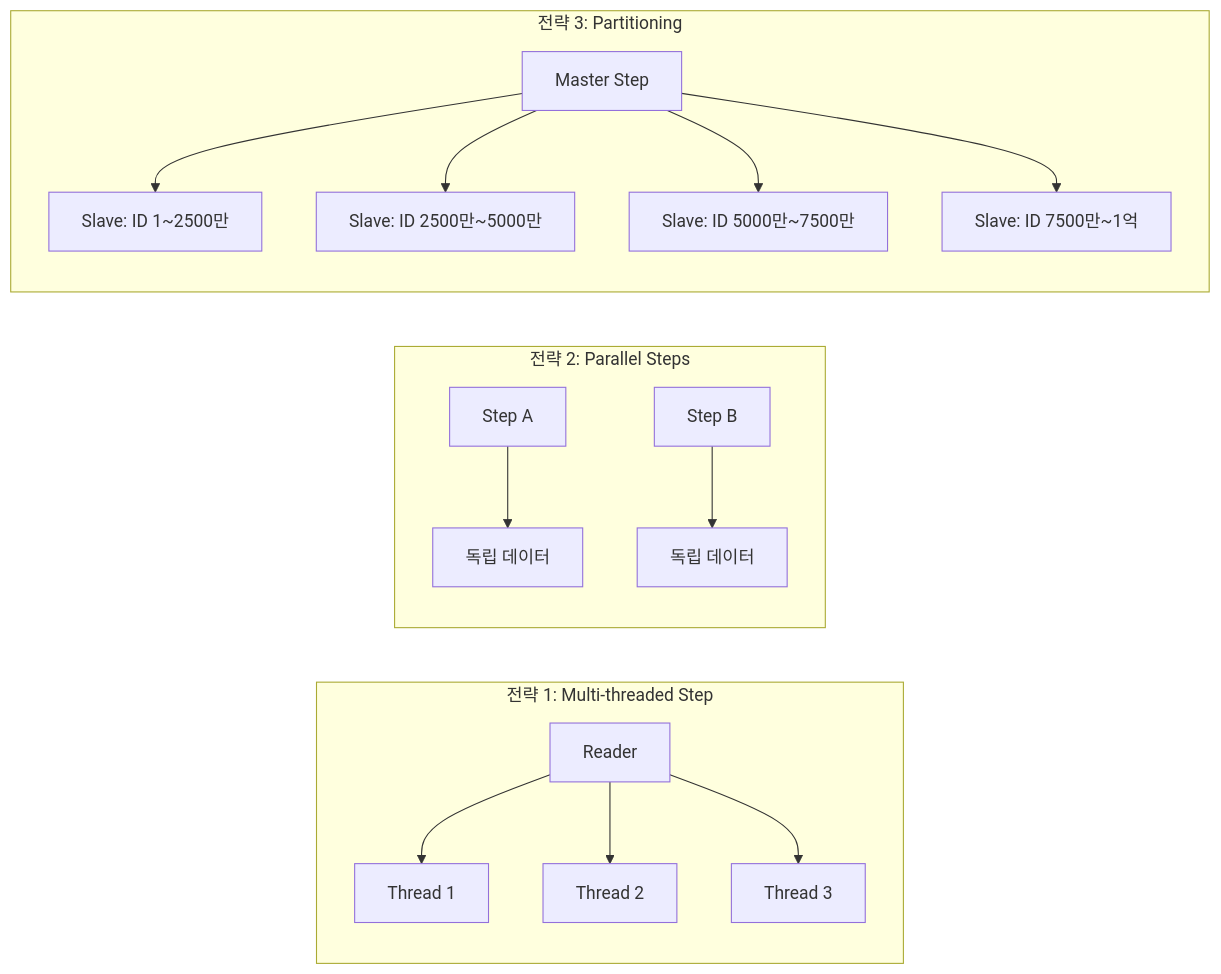
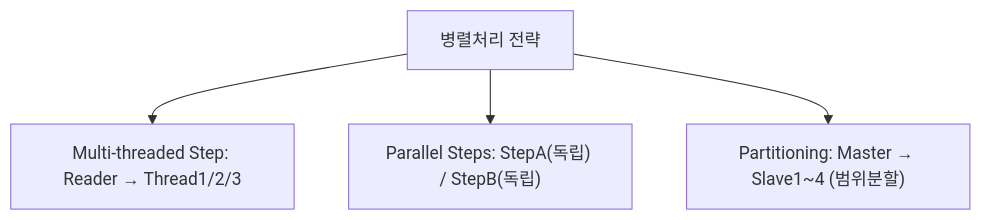
Before and after one commit to yjkim2015/yjkim2015.github.io: the sixth of 6 diagrams in _posts/batch/2026-05-03-spring-batch-chunk-processing.md, drawn with Mermaid. The commit also changed other lines of this file and 215 other files, not shown here.

First line of the commit message:
신규 포스트 10개 추가 + Mermaid 전면 축소 + SystemDesign 시리즈 보강

````diff
--- a/_posts/batch/2026-05-03-spring-batch-chunk-processing.md
+++ b/_posts/batch/2026-05-03-spring-batch-chunk-processing.md
@@ -457,20 +442,10 @@
 ```mermaid
-flowchart LR
-    subgraph "전략 1: Multi-threaded Step"
-        A1["Reader"] --> B1["Thread 1"]
-        A1 --> B2["Thread 2"]
-        A1 --> B3["Thread 3"]
-    end
-
-    subgraph "전략 2: Parallel Steps"
-        C1["Step A"] --> D1["독립 데이터"]
-        C2["Step B"] --> D2["독립 데이터"]
-    end
-
-    subgraph "전략 3: Partitioning"
-        E1["Master Step"] --> F1["Slave: ID 1~2500만"]
-        E1 --> F2["Slave: ID 2500만~5000만"]
-        E1 --> F3["Slave: ID 5000만~7500만"]
-        E1 --> F4["Slave: ID 7500만~1억"]
-    end
+flowchart TD
+    A["Multi-threaded Step: Reader → Thread1/2/3"]
+    B["Parallel Steps: StepA(독립) / StepB(독립)"]
+    C["Partitioning: Master → Slave1~4 (범위분할)"]
+    STRAT["병렬처리 전략"]
+    STRAT --> A
+    STRAT --> B
+    STRAT --> C
 ```
````
